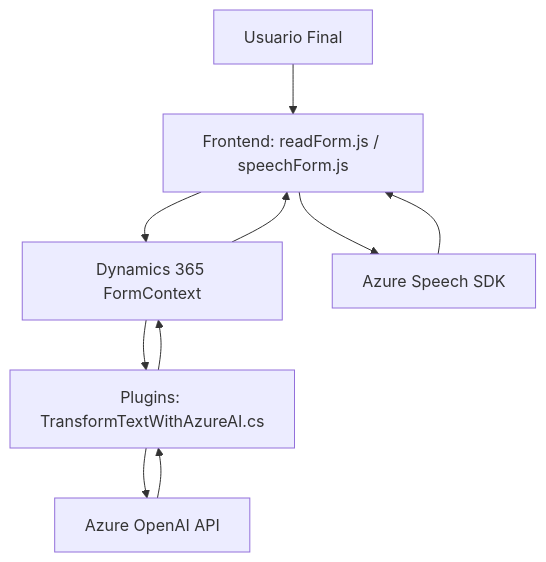
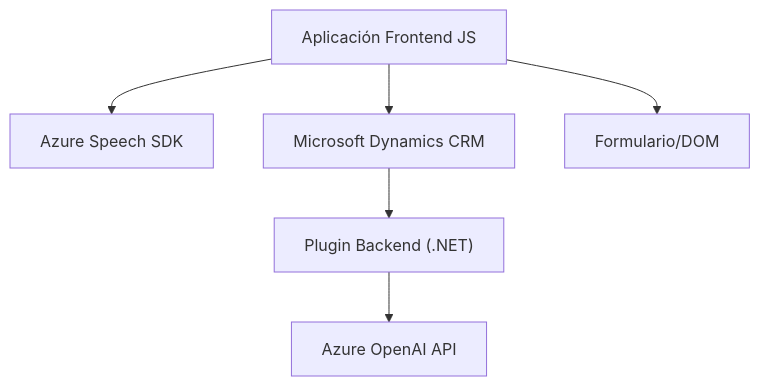
Before and after one commit to blopezdm/NETCORE_BILBAO2025: the diagram in README.md, drawn with Mermaid. The commit also changed other lines of this file, not shown here.

````diff
--- a/README.md
+++ b/README.md
@@ -52,19 +47,15 @@
 ```mermaid
 graph TD
-    A["Frontend: readForm.js / speechForm.js"]
-    B["Plugins: TransformTextWithAzureAI.cs"]
-    C["Dynamics 365 FormContext"]
-    D["Azure Speech SDK"]
+    A["Aplicación Frontend JS"]
+    B["Azure Speech SDK"]
+    C["Microsoft Dynamics CRM"]
+    D["Plugin Backend (.NET)"]
     E["Azure OpenAI API"]
-    F["Usuario Final"]
+    F["Formulario/DOM"]
 
-    F --> A
-    A --> D
+    A --> B
+    A --> F
     A --> C
-    D --> A
-    B --> C
-    B --> E
-    E --> B
-    C --> B
-    C --> A
+    D --> E
+    C --> D
 ```
````
